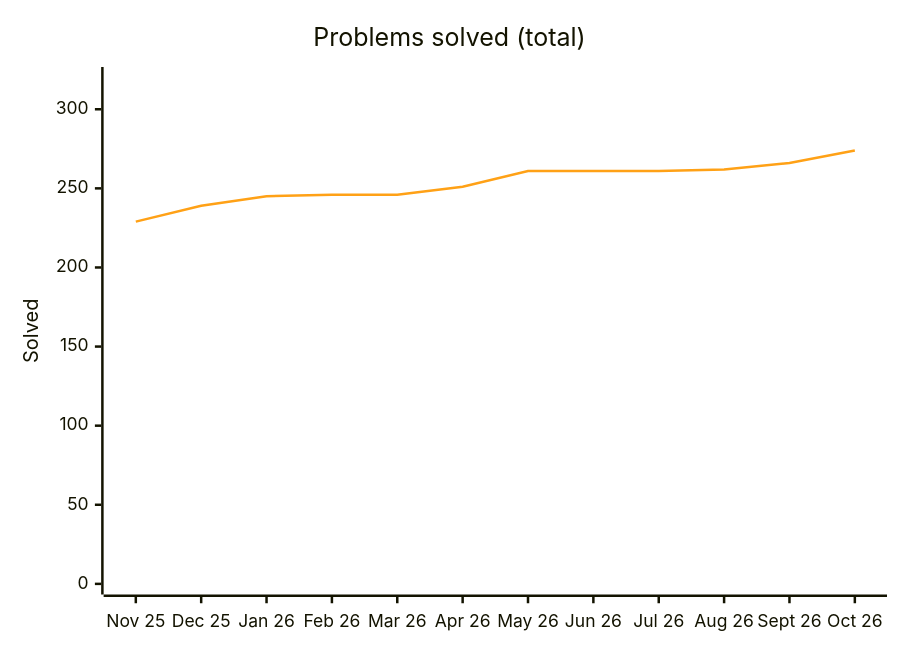
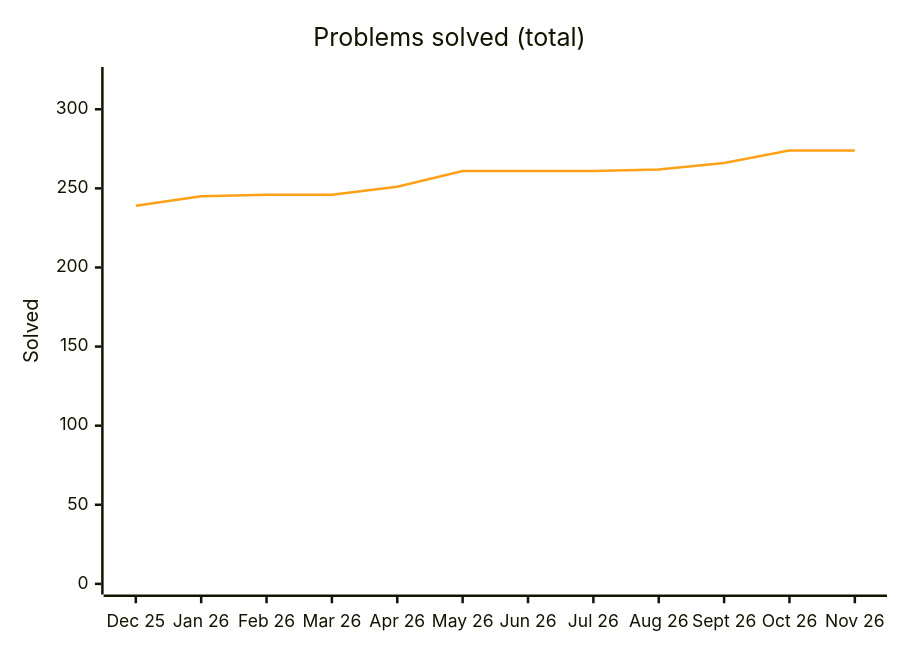
Before and after one commit to samy-D5/Leetcode: the diagram in README.md, drawn with Mermaid. The commit also changed other lines of this file and 4 other files, not shown here.

````diff
--- a/README.md
+++ b/README.md
@@ -50,8 +50,8 @@
 ```mermaid
 %%{init: {"themeVariables": {"xyChart": {"plotColorPalette": "#ffa116"}}}}%%
 xychart-beta
     title "Problems solved (total)"
-    x-axis ["Nov 25", "Dec 25", "Jan 26", "Feb 26", "Mar 26", "Apr 26", "May 26", "Jun 26", "Jul 26", "Aug 26", "Sept 26", "Oct 26"]
+    x-axis ["Dec 25", "Jan 26", "Feb 26", "Mar 26", "Apr 26", "May 26", "Jun 26", "Jul 26", "Aug 26", "Sept 26", "Oct 26", "Nov 26"]
     y-axis "Solved" 0 --> 320
-    line [229, 239, 245, 246, 246, 251, 261, 261, 261, 262, 266, 274]
+    line [239, 245, 246, 246, 251, 261, 261, 261, 262, 266, 274, 274]
 ```
````
